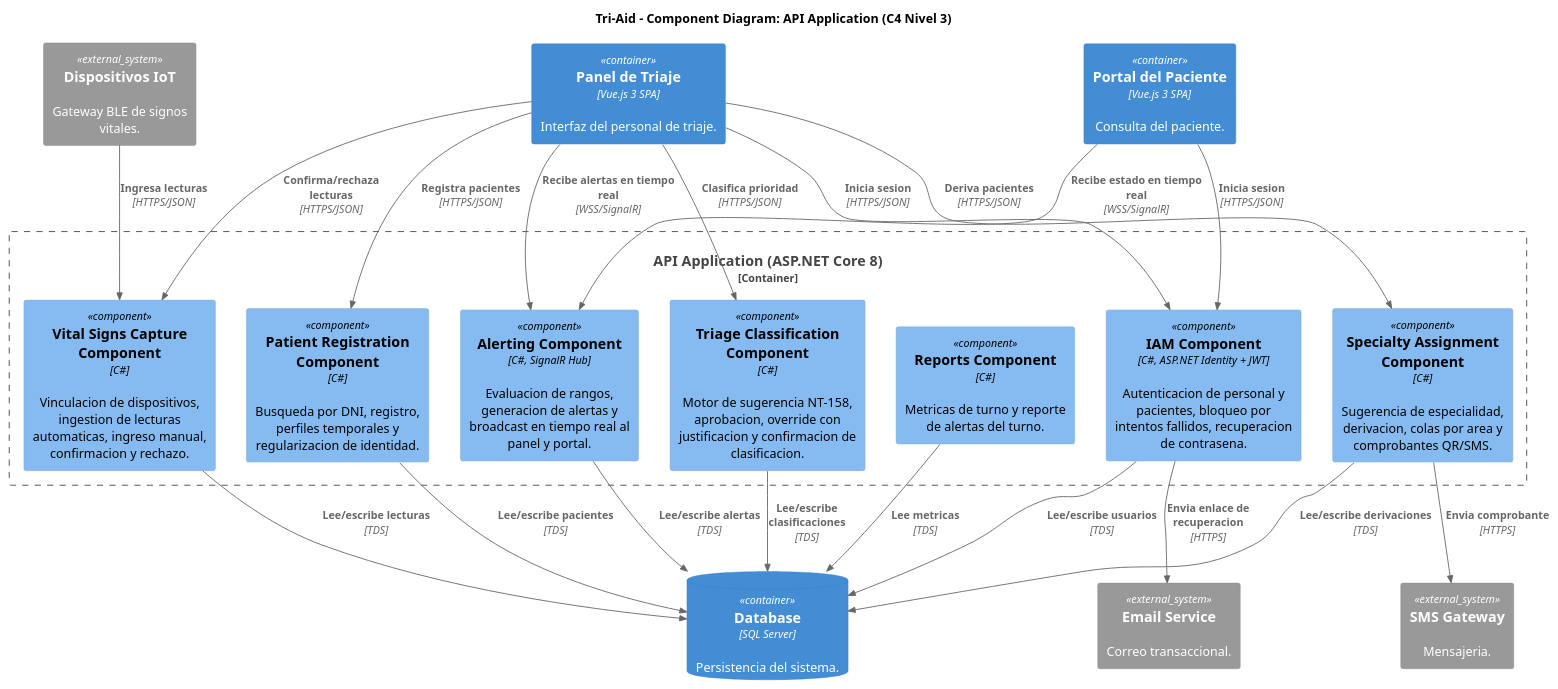
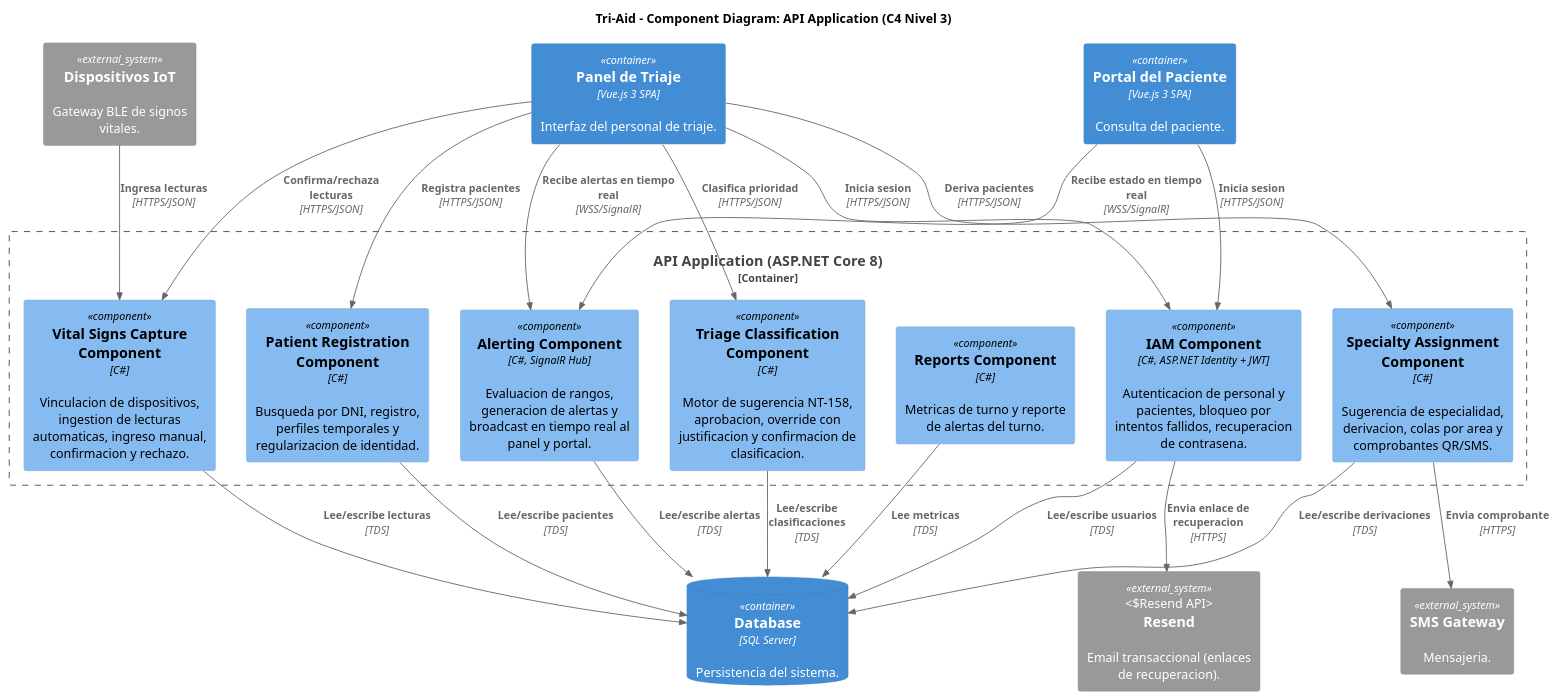
One commit to upc-pre-1ASI0730-2620-8155-SoliDevs/project-report changed the diagram in report/assets/plantuml/c4_components.puml. Above: the diagram before and after it, drawn with PlantUML. The commit also changed 7 other files, not shown here.

First line of the commit message:
feat(c4): replace generic Email Service with Resend as transactional email provider

```diff
--- a/report/assets/plantuml/c4_components.puml
+++ b/report/assets/plantuml/c4_components.puml
@@ -1,41 +1,41 @@
 @startuml C4_Components
 !include <C4/C4_Component>
 title Tri-Aid - Component Diagram: API Application (C4 Nivel 3)
 
 Container(panel, "Panel de Triaje", "Vue.js 3 SPA", "Interfaz del personal de triaje.")
 Container(portal, "Portal del Paciente", "Vue.js 3 SPA", "Consulta del paciente.")
 ContainerDb(db, "Database", "SQL Server", "Persistencia del sistema.")
 System_Ext(iot, "Dispositivos IoT", "Gateway BLE de signos vitales.")
 System_Ext(sms, "SMS Gateway", "Mensajeria.")
-System_Ext(email, "Email Service", "Correo transaccional.")
+System_Ext(email, "Resend", "Email transaccional (enlaces de recuperacion).", "Resend API")
 
 Container_Boundary(api, "API Application (ASP.NET Core 8)") {
   Component(iam, "IAM Component", "C#, ASP.NET Identity + JWT", "Autenticacion de personal y pacientes, bloqueo por intentos fallidos, recuperacion de contrasena.")
   Component(patients, "Patient Registration Component", "C#", "Busqueda por DNI, registro, perfiles temporales y regularizacion de identidad.")
   Component(vitals, "Vital Signs Capture Component", "C#", "Vinculacion de dispositivos, ingestion de lecturas automaticas, ingreso manual, confirmacion y rechazo.")
   Component(triage, "Triage Classification Component", "C#", "Motor de sugerencia NT-158, aprobacion, override con justificacion y confirmacion de clasificacion.")
   Component(alerts, "Alerting Component", "C#, SignalR Hub", "Evaluacion de rangos, generacion de alertas y broadcast en tiempo real al panel y portal.")
   Component(specialty, "Specialty Assignment Component", "C#", "Sugerencia de especialidad, derivacion, colas por area y comprobantes QR/SMS.")
   Component(reports, "Reports Component", "C#", "Metricas de turno y reporte de alertas del turno.")
 }
 
 Rel(panel, iam, "Inicia sesion", "HTTPS/JSON")
 Rel(panel, patients, "Registra pacientes", "HTTPS/JSON")
 Rel(panel, vitals, "Confirma/rechaza lecturas", "HTTPS/JSON")
 Rel(panel, triage, "Clasifica prioridad", "HTTPS/JSON")
 Rel(panel, alerts, "Recibe alertas en tiempo real", "WSS/SignalR")
 Rel(panel, specialty, "Deriva pacientes", "HTTPS/JSON")
 Rel(portal, iam, "Inicia sesion", "HTTPS/JSON")
 Rel(portal, alerts, "Recibe estado en tiempo real", "WSS/SignalR")
 Rel(iot, vitals, "Ingresa lecturas", "HTTPS/JSON")
 Rel(iam, db, "Lee/escribe usuarios", "TDS")
 Rel(patients, db, "Lee/escribe pacientes", "TDS")
 Rel(vitals, db, "Lee/escribe lecturas", "TDS")
 Rel(triage, db, "Lee/escribe clasificaciones", "TDS")
 Rel(alerts, db, "Lee/escribe alertas", "TDS")
 Rel(specialty, db, "Lee/escribe derivaciones", "TDS")
 Rel(reports, db, "Lee metricas", "TDS")
 Rel(specialty, sms, "Envia comprobante", "HTTPS")
 Rel(iam, email, "Envia enlace de recuperacion", "HTTPS")
 
 @enduml
```
